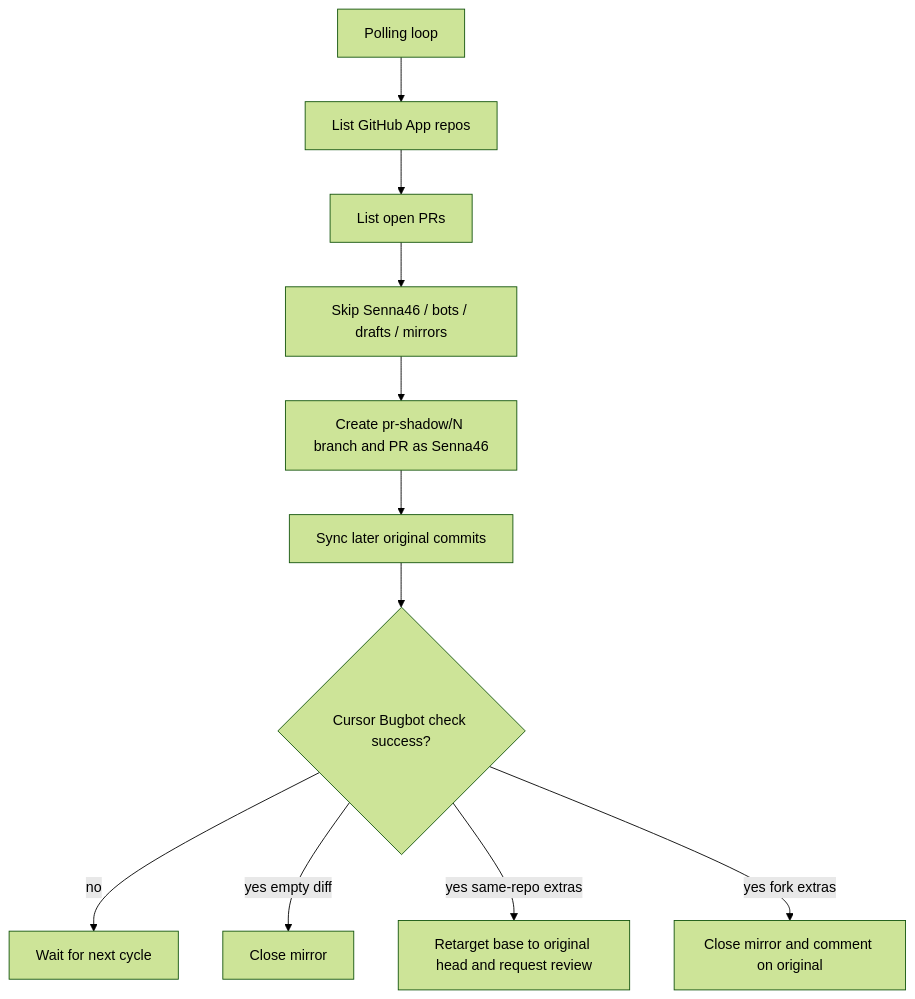
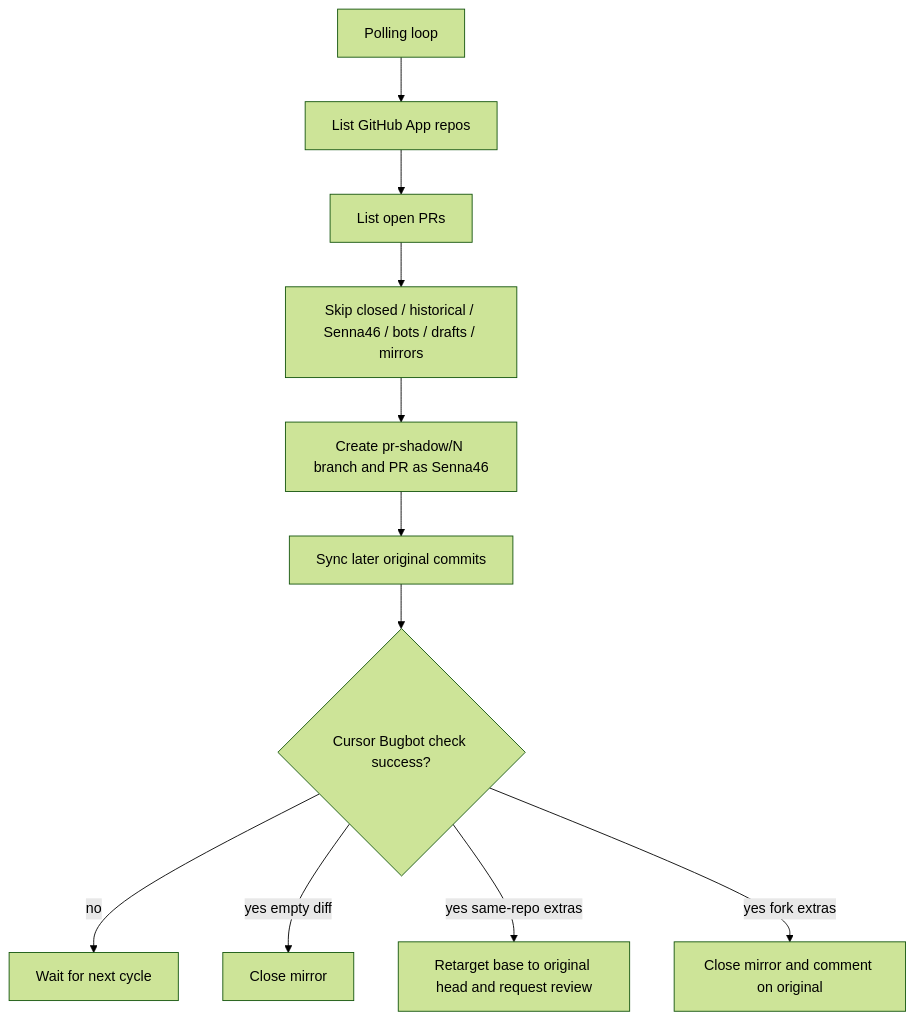
Before and after one commit to Senna46/bugbot-host: the diagram in README.md, drawn with Mermaid (forest theme). The commit also changed other lines of this file and 9 other files, not shown here.

First line of the commit message:
Ignore historical open PRs and close accidental backfill mirrors.

````diff
--- a/README.md
+++ b/README.md
@@ -113,13 +114,13 @@
 ```mermaid
 flowchart TD
   Poll[Polling loop] --> ListRepos[List GitHub App repos]
   ListRepos --> OpenPrs[List open PRs]
-  OpenPrs --> Filter[Skip Senna46 / bots / drafts / mirrors]
+  OpenPrs --> Filter[Skip closed / historical / Senna46 / bots / drafts / mirrors]
   Filter --> Create[Create pr-shadow/N branch and PR as Senna46]
   Create --> Sync[Sync later original commits]
   Sync --> Bugbot{Cursor Bugbot check success?}
   Bugbot -->|no| Wait[Wait for next cycle]
   Bugbot -->|yes empty diff| Close[Close mirror]
   Bugbot -->|yes same-repo extras| Retarget[Retarget base to original head and request review]
   Bugbot -->|yes fork extras| Comment[Close mirror and comment on original]
 ```
````
